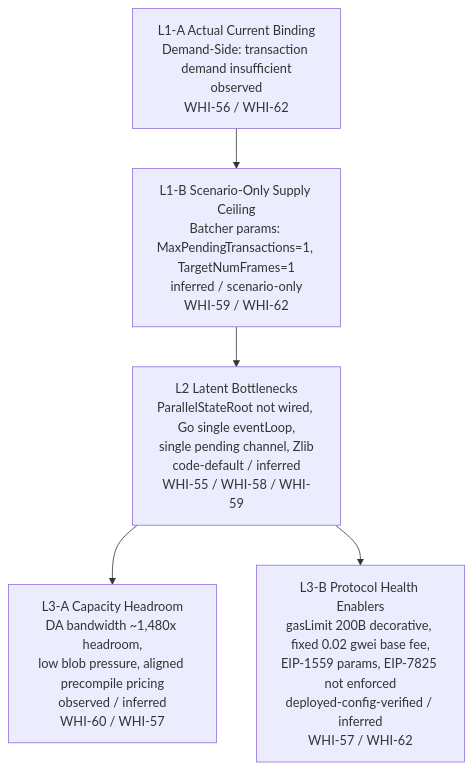
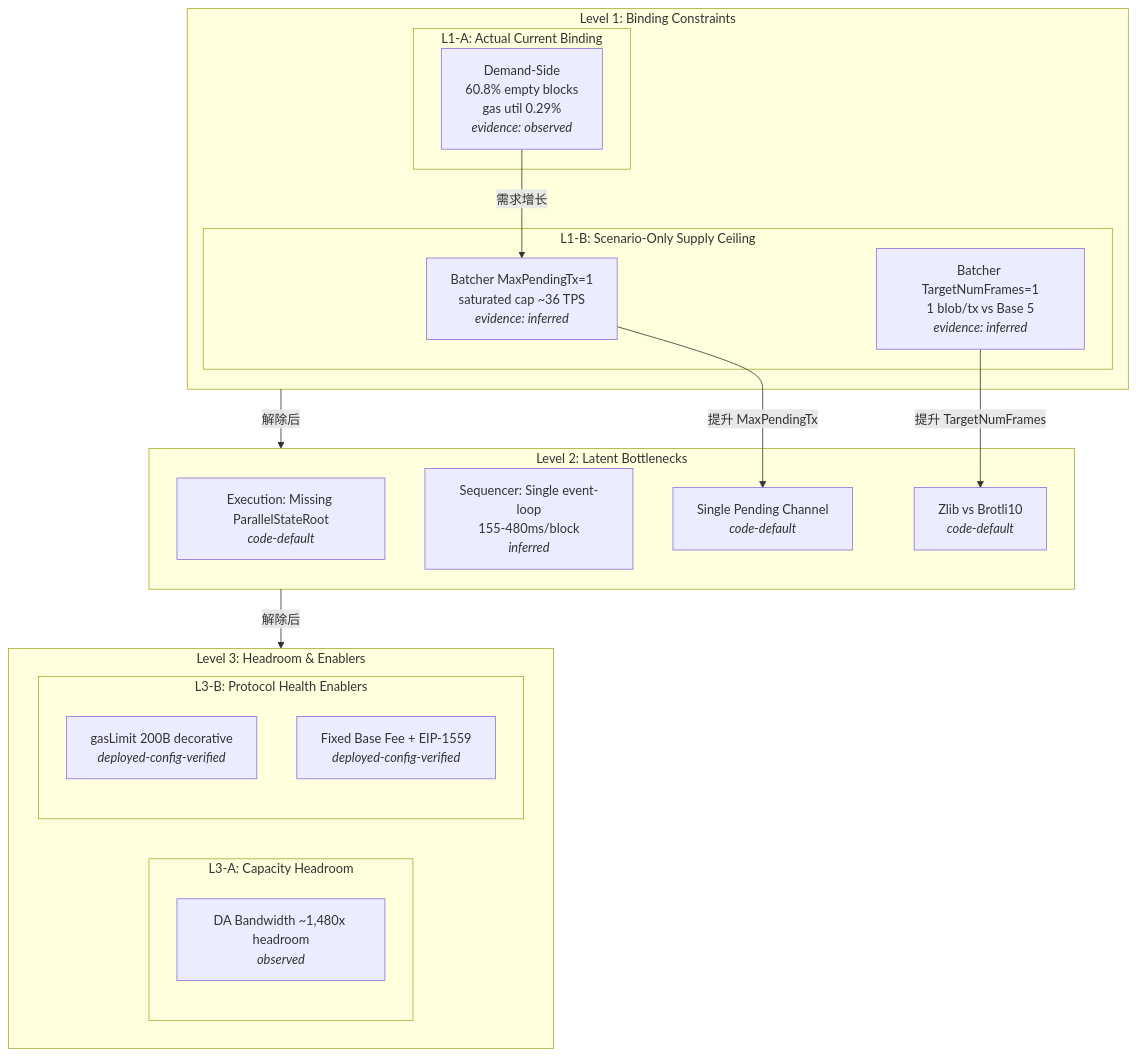
Before and after one commit to Whisker17/multica-research: the first of 4 diagrams in base-perf-analysis/report/final-report.md, drawn with Mermaid. The commit also changed other lines of this file, not shown here.

First line of the commit message:
integrate(base-perf-analysis): merge TW final report to main (WHI-63, 403f470)

````diff
--- a/base-perf-analysis/report/final-report.md
+++ b/base-perf-analysis/report/final-report.md
@@ -101,10 +91,35 @@
 ```mermaid
-flowchart TD
-    A["L1-A Actual Current Binding<br/>Demand-Side: transaction demand insufficient<br/>observed<br/>WHI-56 / WHI-62"]
-    B["L1-B Scenario-Only Supply Ceiling<br/>Batcher params: MaxPendingTransactions=1, TargetNumFrames=1<br/>inferred / scenario-only<br/>WHI-59 / WHI-62"]
-    C["L2 Latent Bottlenecks<br/>ParallelStateRoot not wired, Go single eventLoop,<br/>single pending channel, Zlib<br/>code-default / inferred<br/>WHI-55 / WHI-58 / WHI-59"]
-    D["L3-A Capacity Headroom<br/>DA bandwidth ~1,480x headroom,<br/>low blob pressure, aligned precompile pricing<br/>observed / inferred<br/>WHI-60 / WHI-57"]
-    E["L3-B Protocol Health Enablers<br/>gasLimit 200B decorative, fixed 0.02 gwei base fee,<br/>EIP-1559 params, EIP-7825 not enforced<br/>deployed-config-verified / inferred<br/>WHI-57 / WHI-62"]
-    A --> B --> C --> D
-    C --> E
+flowchart TB
+    subgraph L1["Level 1: Binding Constraints"]
+        subgraph L1A["L1-A: Actual Current Binding"]
+            D["Demand-Side<br/>60.8% empty blocks<br/>gas util 0.29%<br/><i>evidence: observed</i>"]
+        end
+        subgraph L1B["L1-B: Scenario-Only Supply Ceiling"]
+            B1["Batcher MaxPendingTx=1<br/>saturated cap ~36 TPS<br/><i>evidence: inferred</i>"]
+            B2["Batcher TargetNumFrames=1<br/>1 blob/tx vs Base 5<br/><i>evidence: inferred</i>"]
+        end
+    end
+
+    subgraph L2["Level 2: Latent Bottlenecks"]
+        E["Execution: Missing ParallelStateRoot<br/><i>code-default</i>"]
+        S["Sequencer: Single event-loop<br/>155-480ms/block<br/><i>inferred</i>"]
+        CH["Single Pending Channel<br/><i>code-default</i>"]
+        Z["Zlib vs Brotli10<br/><i>code-default</i>"]
+    end
+
+    subgraph L3["Level 3: Headroom & Enablers"]
+        subgraph L3A["L3-A: Capacity Headroom"]
+            DA["DA Bandwidth ~1,480x headroom<br/><i>observed</i>"]
+        end
+        subgraph L3B["L3-B: Protocol Health Enablers"]
+            G["gasLimit 200B decorative<br/><i>deployed-config-verified</i>"]
+            FP["Fixed Base Fee + EIP-1559<br/><i>deployed-config-verified</i>"]
+        end
+    end
+
+    D -->|"需求增长"| B1
+    B1 -->|"提升 MaxPendingTx"| CH
+    B2 -->|"提升 TargetNumFrames"| Z
+    L1 -->|"解除后"| L2
+    L2 -->|"解除后"| L3
 ```
````
